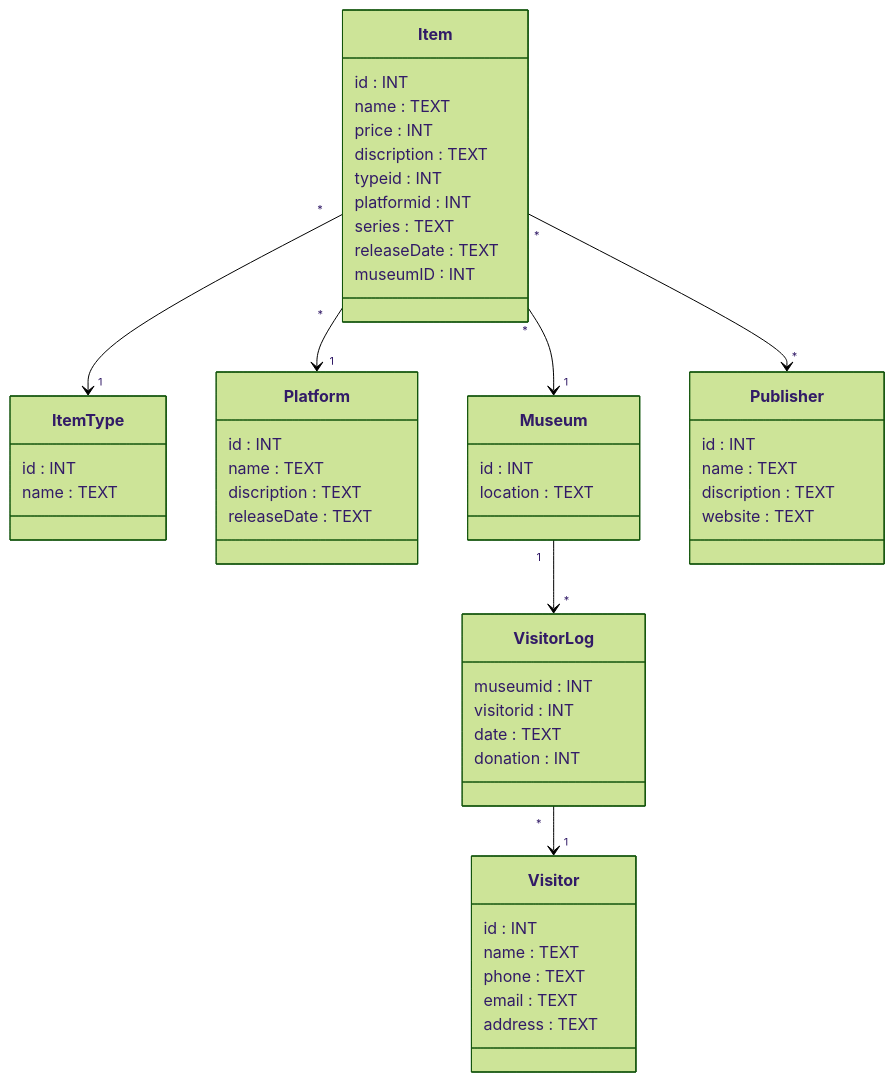
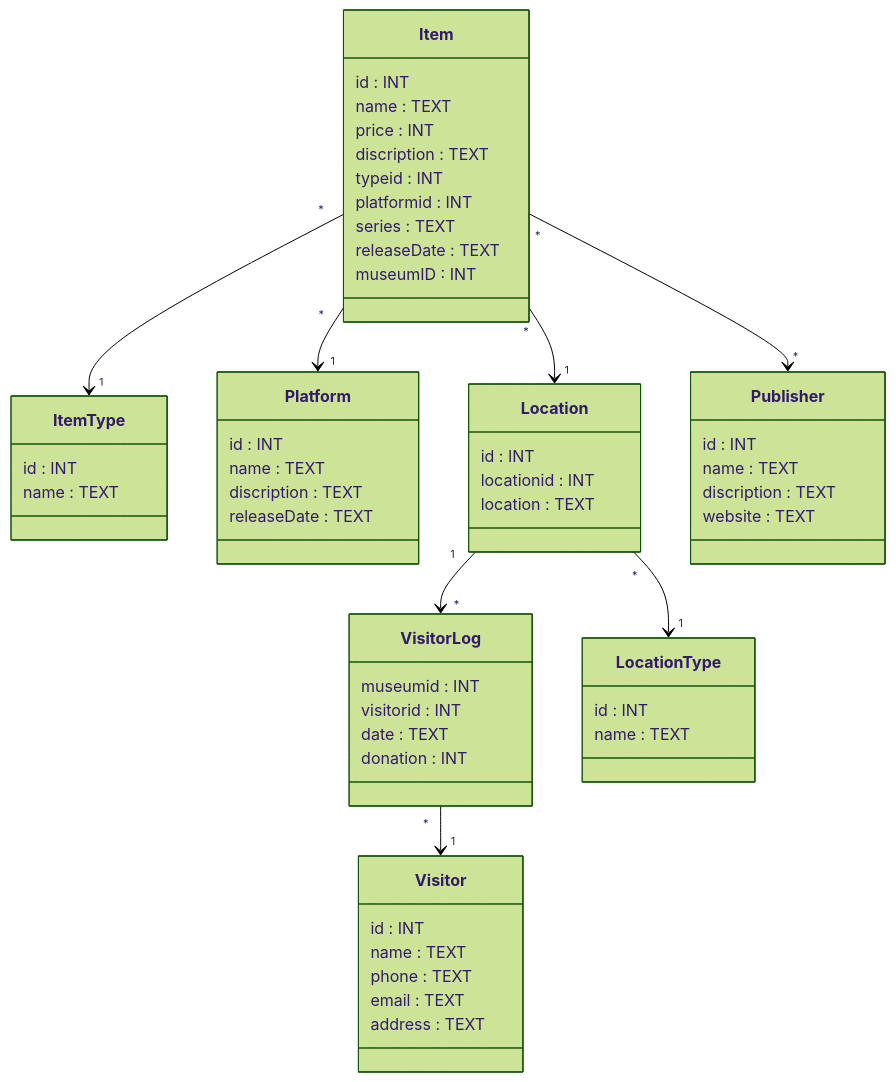
The diagram in README.md (LarsGielen/Project_VGHF), drawn with Mermaid (forest theme) before and after one commit. The commit also changed 1 other file, not shown here.

Commit message:
Change double arrow to single arrow

````diff
--- a/README.md
+++ b/README.md
@@ -3,61 +3,68 @@
 ``` mermaid
 classDiagram
 
     Item "*" --> "1" ItemType
     Item "*" --> "1" Platform
-    Item "*" --> "1" Museum
+    Item "*" --> "1" Location
     Item "*" --> "*" Publisher
-    Museum "1" --> "*" VisitorLog
+    Location "1" --> "*" VisitorLog
     VisitorLog "*" --> "1" Visitor
+    Location "*" --> "1" LocationType
 
     class Item {
         id : INT
         name : TEXT
         price : INT
         discription : TEXT
         typeid : INT
         platformid : INT
         series : TEXT
         releaseDate : TEXT
         museumID : INT
     }
 
     class ItemType {
         id : INT
         name : TEXT
     }
 
     class Platform {
         id : INT
         name : TEXT
         discription : TEXT
         releaseDate : TEXT
     }
     
     class Publisher {
         id : INT
         name : TEXT
         discription : TEXT
         website : TEXT
     }
     
-    class Museum {
+    class Location {
         id : INT
+        locationid : INT
         location : TEXT
     }
     
+    class LocationType {
+        id : INT
+        name : TEXT
+    }
+
     class VisitorLog {
         museumid : INT
         visitorid : INT
         date : TEXT
         donation : INT
     }
     
     class Visitor {
         id : INT
         name : TEXT
         phone : TEXT
         email : TEXT
         address : TEXT
-    }    
+    }       
  ```
````
